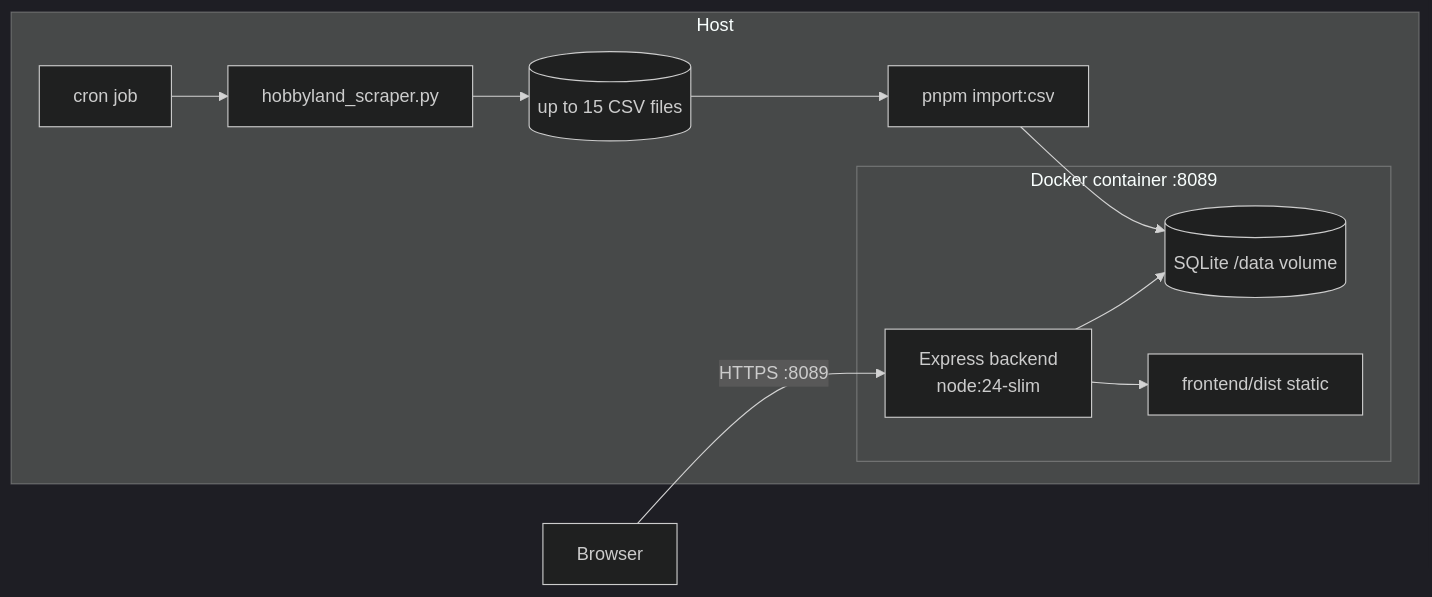
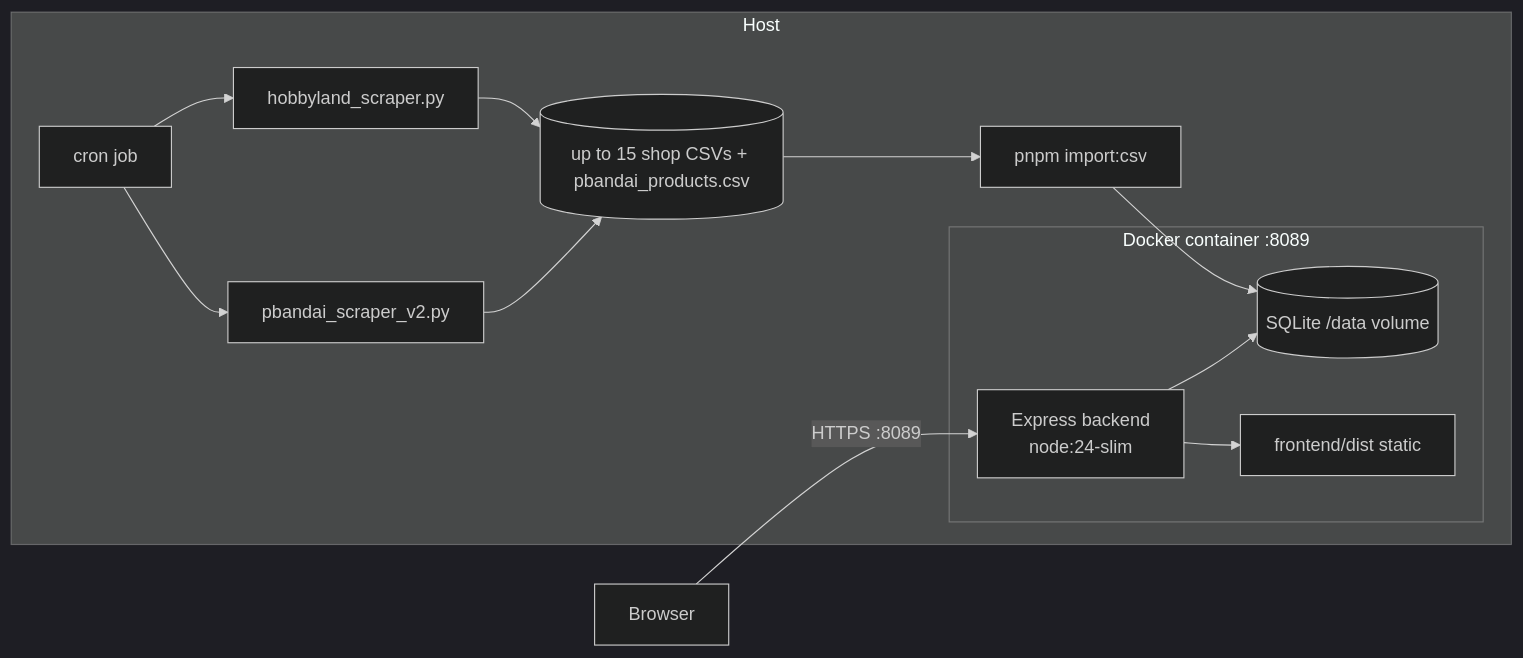
One commit to jakwong1981/hobbyland changed the seventh of 7 diagrams in docs/ARCHITECTURE.md. Above: the diagram before and after it, drawn with Mermaid (dark theme). The commit also changed other lines of this file and 31 other files, not shown here.

````diff
--- a/docs/ARCHITECTURE.md
+++ b/docs/ARCHITECTURE.md
@@ -182,14 +193,16 @@
 ```mermaid
 flowchart LR
     subgraph Host
         CRON[cron job] --> SCR[hobbyland_scraper.py]
-        SCR --> CSV[(up to 15 CSV files)]
+        CRON --> PBS[pbandai_scraper_v2.py]
+        SCR --> CSV[(up to 15 shop CSVs + pbandai_products.csv)]
+        PBS --> CSV
         CSV --> CLI[pnpm import:csv]
         subgraph Docker container :8089
             BE[Express backend<br/>node:24-slim] --> DB[(SQLite /data volume)]
             BE --> FE[frontend/dist static]
         end
         CLI --> DB
     end
     Browser -->|HTTPS :8089| BE
 ```
````
